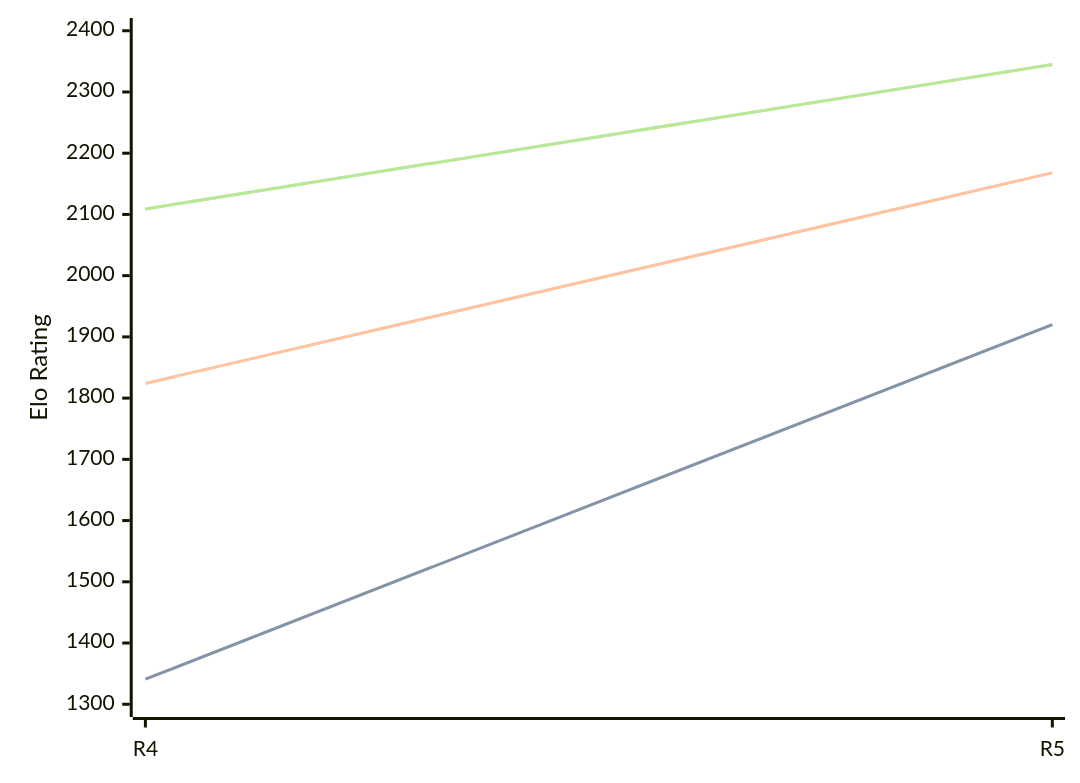
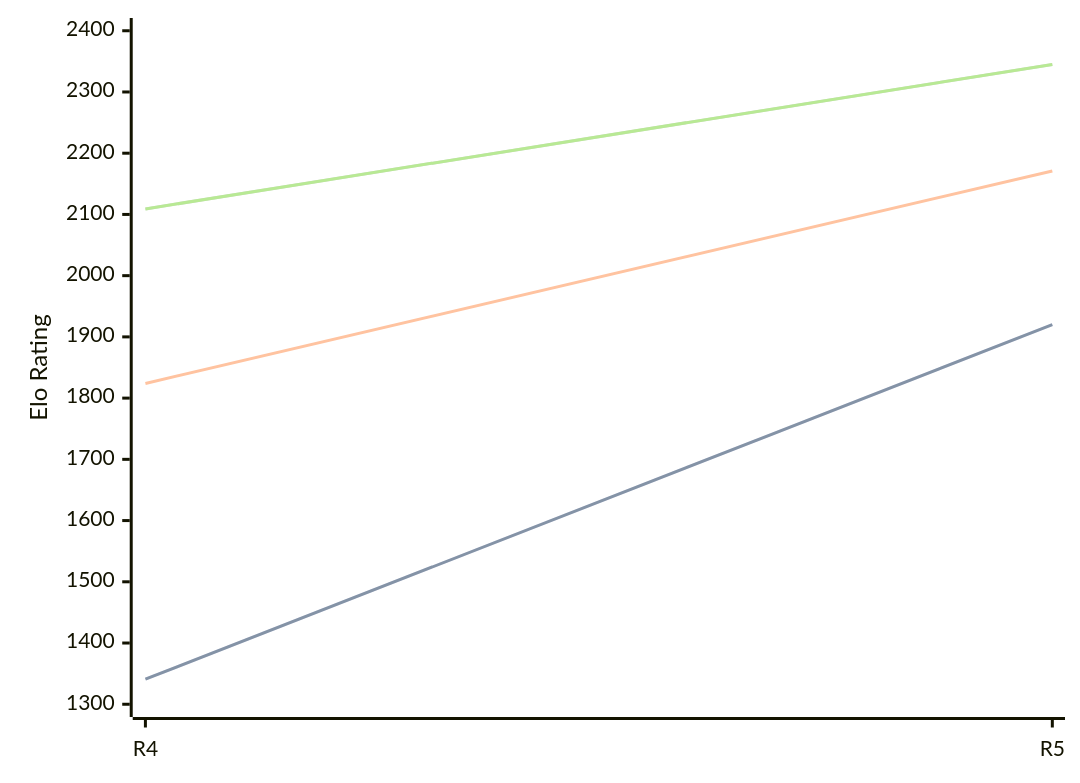
One commit to computer-chess-index/cci changed the third of 3 diagrams in engines/Viking.md. Above: the diagram before and after it, drawn with Mermaid. The commit also changed other lines of this file, not shown here.

````diff
--- a/engines/Viking.md
+++ b/engines/Viking.md
@@ -68,11 +68,11 @@
 ```mermaid
 %%{init: {"theme":"base","themeVariables":{"seriesColors:['#a3a3a3','#222221','#faa371']}}}%%
 xychart-beta
   x-axis ["R4", "R5"]
   y-axis "Elo Rating" 1300 --> 2400
   line "STC (8.0+0.08s)" [1341, 1920]
   line "STC (8.0+0.08s)" [1341, 1920]
-  line "LTC (60.0+0.60s)" [1824, 2168]
+  line "LTC (60.0+0.60s)" [1824, 2171]
   line "VLTC (2m24s+1.12s)" [2109, 2345]
   line "VLTC (2m24s+1.12s)" [2109, 2345]
 ```
````
